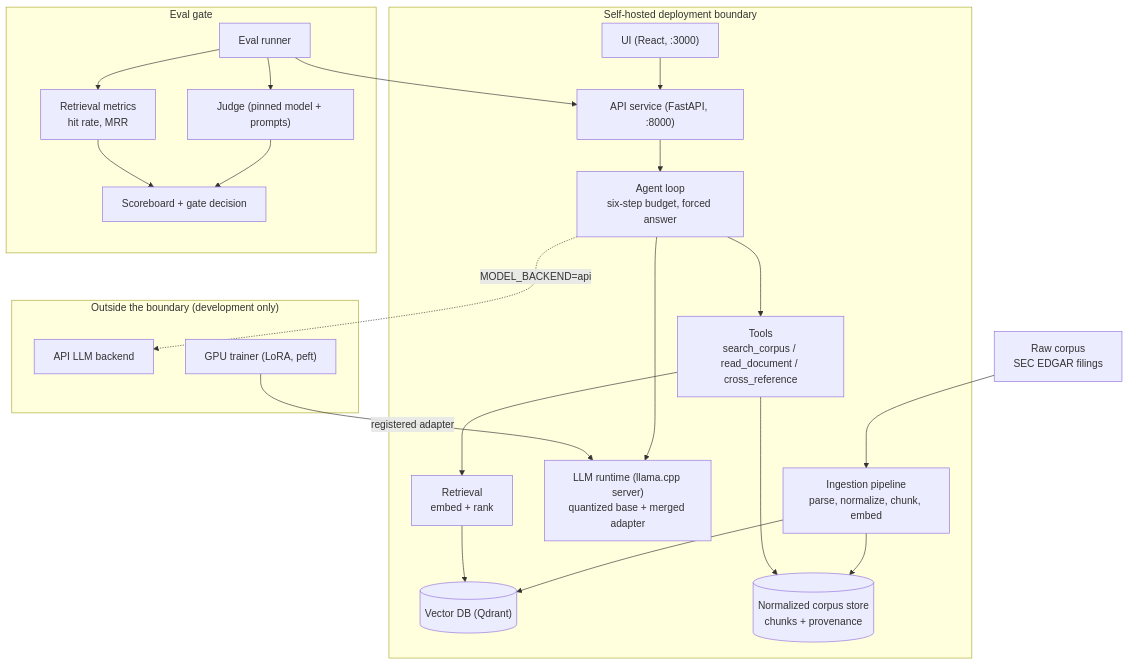
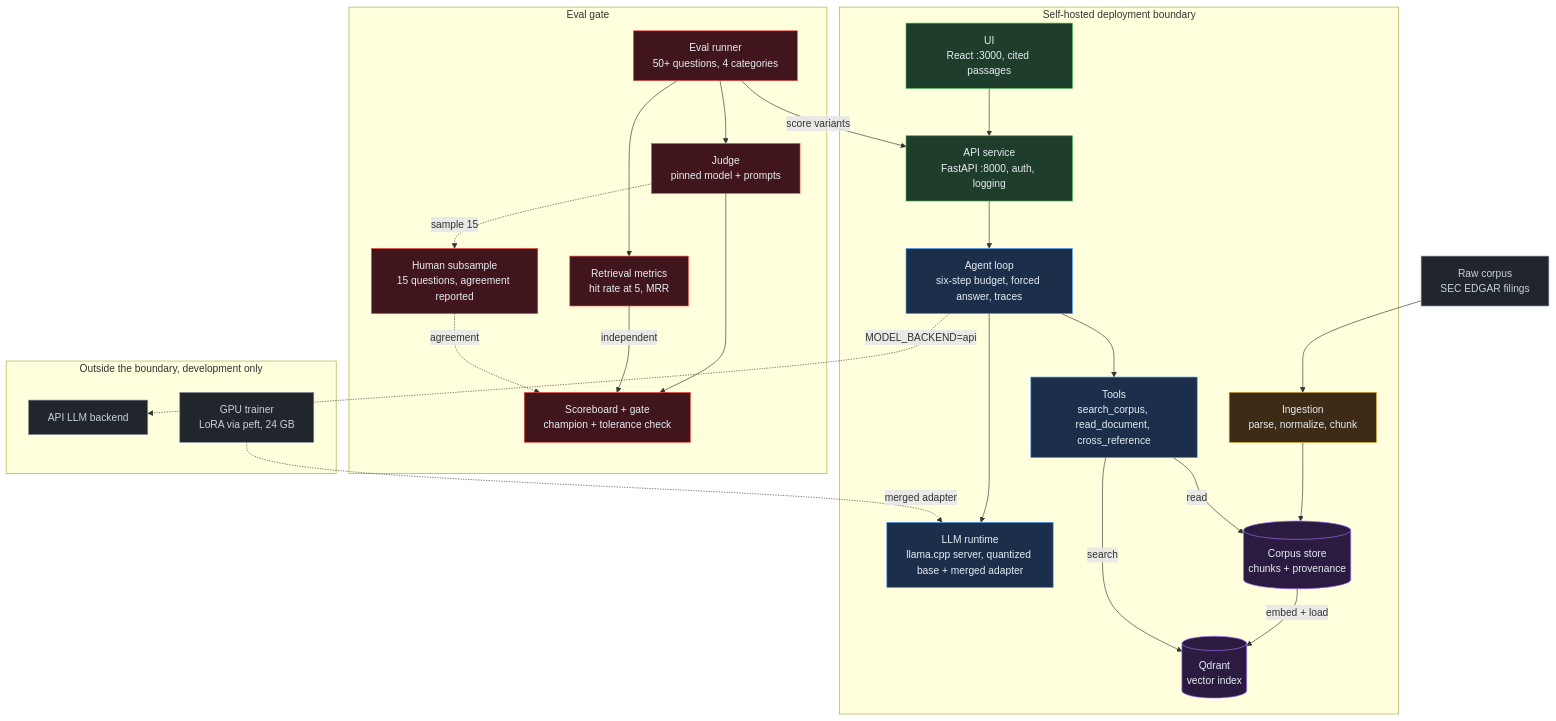
The first of 2 diagrams in README.md (AmosBunde/corpus-gate), drawn with Mermaid before and after one commit. The commit also changed other lines of this file, not shown here.

Commit message:
docs(readme): redo both Mermaid diagrams to match the delivered set
The Mermaid sources drifted from the validated diagrams in
architecture/: the vector index was loaded straight from ingestion
instead of from the corpus store, the human judge audit was missing
from the eval gate, and the sequence showed one generic tool call
instead of the three named tools. Since the README is the contract,
its diagrams must be the strictest source, not the loosest. Both
diagrams now carry the semantic component palette used by
docs/architecture.html so every rendering of the system reads the
same way, and development-only paths are dashed in both.

Refs #4

````diff
--- a/README.md
+++ b/README.md
@@ -20,44 +20,54 @@
 ```mermaid
 flowchart TB
+    classDef serving fill:#1f3d2b,stroke:#3fb950,color:#e6edf3
+    classDef agentic fill:#1b2f4b,stroke:#58a6ff,color:#e6edf3
+    classDef datastore fill:#2b1b40,stroke:#a371f7,color:#e6edf3
+    classDef ingestion fill:#3d2b16,stroke:#d29922,color:#e6edf3
+    classDef evalnode fill:#40161c,stroke:#f85149,color:#e6edf3
+    classDef externalnode fill:#21262d,stroke:#8b949e,color:#c9d1d9
+
+    raw["Raw corpus<br/>SEC EDGAR filings"]:::externalnode
+
     subgraph selfhosted["Self-hosted deployment boundary"]
-        ui["UI (React, :3000)"]
-        api["API service (FastAPI, :8000)"]
-        agent["Agent loop<br/>six-step budget, forced answer"]
-        tools["Tools<br/>search_corpus / read_document / cross_reference"]
-        retrieval["Retrieval<br/>embed + rank"]
-        vdb[("Vector DB (Qdrant)")]
-        store[("Normalized corpus store<br/>chunks + provenance")]
-        llmlocal["LLM runtime (llama.cpp server)<br/>quantized base + merged adapter"]
-        ingest["Ingestion pipeline<br/>parse, normalize, chunk, embed"]
+        ui["UI<br/>React :3000, cited passages"]:::serving
+        api["API service<br/>FastAPI :8000, auth, logging"]:::serving
+        agent["Agent loop<br/>six-step budget, forced answer, traces"]:::agentic
+        tools["Tools<br/>search_corpus, read_document, cross_reference"]:::agentic
+        llm["LLM runtime<br/>llama.cpp server, quantized base + merged adapter"]:::agentic
+        ingest["Ingestion<br/>parse, normalize, chunk"]:::ingestion
+        store[("Corpus store<br/>chunks + provenance")]:::datastore
+        vdb[("Qdrant<br/>vector index")]:::datastore
     end
 
     subgraph evalgate["Eval gate"]
-        runner["Eval runner"]
-        judge["Judge (pinned model + prompts)"]
-        rmetrics["Retrieval metrics<br/>hit rate, MRR"]
-        board["Scoreboard + gate decision"]
+        runner["Eval runner<br/>50+ questions, 4 categories"]:::evalnode
+        judge["Judge<br/>pinned model + prompts"]:::evalnode
+        human["Human subsample<br/>15 questions, agreement reported"]:::evalnode
+        rmetrics["Retrieval metrics<br/>hit rate at 5, MRR"]:::evalnode
+        board["Scoreboard + gate<br/>champion + tolerance check"]:::evalnode
     end
 
-    subgraph external["Outside the boundary (development only)"]
-        apillm["API LLM backend"]
-        gpu["GPU trainer (LoRA, peft)"]
+    subgraph devonly["Outside the boundary, development only"]
+        apillm["API LLM backend"]:::externalnode
+        gpu["GPU trainer<br/>LoRA via peft, 24 GB"]:::externalnode
     end
 
-    raw["Raw corpus<br/>SEC EDGAR filings"] --> ingest
+    raw --> ingest
     ingest --> store
-    ingest --> vdb
+    store -->|embed + load| vdb
     ui --> api
     api --> agent
     agent --> tools
-    tools --> retrieval
-    retrieval --> vdb
-    tools --> store
-    agent --> llmlocal
+    tools -->|search| vdb
+    tools -->|read| store
+    agent --> llm
     agent -.->|MODEL_BACKEND=api| apillm
-    runner --> api
+    gpu -.->|merged adapter| llm
+    runner -->|score variants| api
     runner --> judge
     runner --> rmetrics
+    judge -.->|sample 15| human
     judge --> board
-    rmetrics --> board
-    gpu -->|registered adapter| llmlocal
+    rmetrics -->|independent| board
+    human -.->|agreement| board
 ```
````
